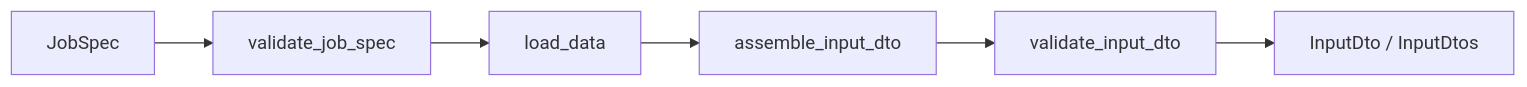
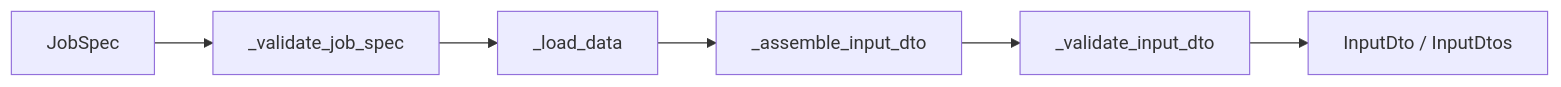
One commit to RenjiKujo/im-cable-system changed the diagram in docs/architecture/algorithm/input/1_data_flow.md. Above: the diagram before and after it, drawn with Mermaid. The commit also changed other lines of this file and 20 other files, not shown here.

First line of the commit message:
docs: architecture の正本範囲を明示し、docs 整合チェックを足す

````diff
--- a/docs/architecture/algorithm/input/1_data_flow.md
+++ b/docs/architecture/algorithm/input/1_data_flow.md
@@ -11,15 +11,15 @@
 ```mermaid
 flowchart LR
   spec[JobSpec]
-  validateSpec[validate_job_spec]
-  load[load_data]
-  assemble[assemble_input_dto]
-  validateDto[validate_input_dto]
+  validateSpec[_validate_job_spec]
+  load[_load_data]
+  assemble[_assemble_input_dto]
+  validateDto[_validate_input_dto]
   output[InputDto / InputDtos]
 
   spec --> validateSpec
   validateSpec --> load
   load --> assemble
   assemble --> validateDto
   validateDto --> output
 ```
````
